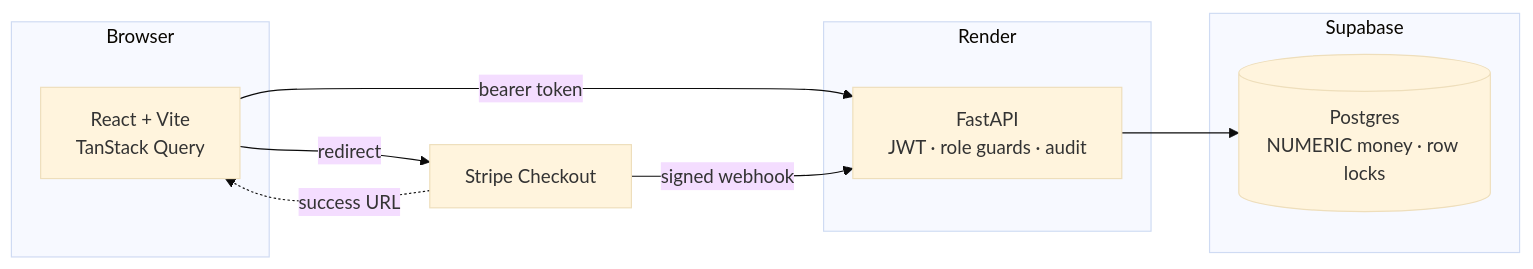
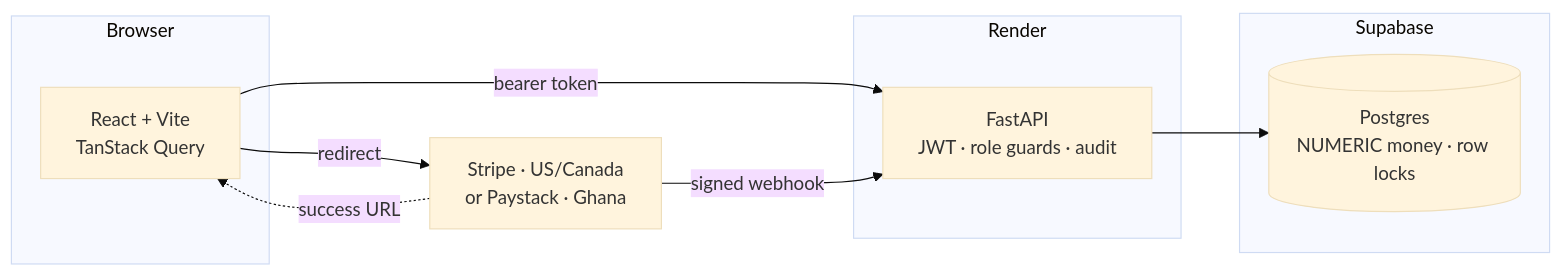
One commit to Rancho-1001/sukuu changed the diagram in README.md. Above: the diagram before and after it, drawn with Mermaid (base theme). The commit also changed other lines of this file and 43 other files, not shown here.

````diff
--- a/README.md
+++ b/README.md
@@ -52,19 +52,19 @@
 ```mermaid
 flowchart LR
     subgraph Browser
         FE[React + Vite<br/>TanStack Query]
     end
     subgraph Render
         API[FastAPI<br/>JWT · role guards · audit]
     end
     subgraph Supabase
         DB[(Postgres<br/>NUMERIC money · row locks)]
     end
-    Stripe[Stripe Checkout]
+    Stripe[Stripe · US/Canada<br/>or Paystack · Ghana]
 
     FE -- bearer token --> API
     API --> DB
     FE -- redirect --> Stripe
     Stripe -- signed webhook --> API
     Stripe -. success URL .-> FE
 ```
````
